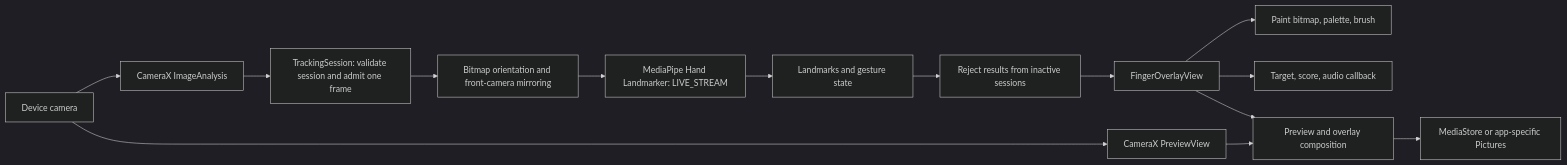
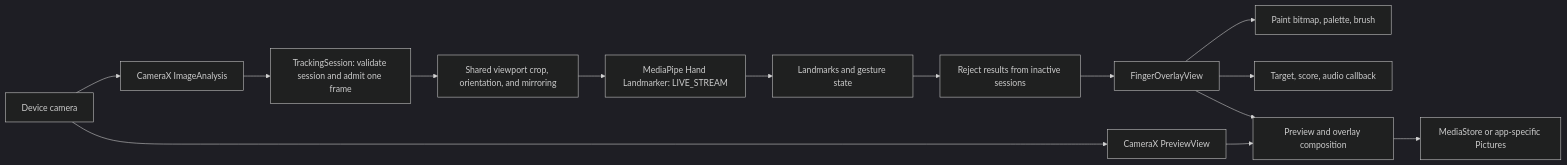
One commit to MRSHAKILS/Hand-Tracker-App changed the first of 2 diagrams in README.md. Above: the diagram before and after it, drawn with Mermaid (dark theme). The commit also changed other lines of this file and 10 other files, not shown here.

````diff
--- a/README.md
+++ b/README.md
@@ -25,16 +25,16 @@
 ```mermaid
 flowchart LR
     Camera["Device camera"] --> Preview["CameraX PreviewView"]
     Camera --> Analysis["CameraX ImageAnalysis"]
     Analysis --> Gate["TrackingSession: validate session and admit one frame"]
-    Gate --> Orient["Bitmap orientation and front-camera mirroring"]
+    Gate --> Orient["Shared viewport crop, orientation, and mirroring"]
     Orient --> Model["MediaPipe Hand Landmarker: LIVE_STREAM"]
     Model --> Result["Landmarks and gesture state"]
     Result --> Valid["Reject results from inactive sessions"]
     Valid --> Overlay["FingerOverlayView"]
     Overlay --> Paint["Paint bitmap, palette, brush"]
     Overlay --> Game["Target, score, audio callback"]
     Preview --> Capture["Preview and overlay composition"]
     Overlay --> Capture
     Capture --> Storage["MediaStore or app-specific Pictures"]
 ```
````
